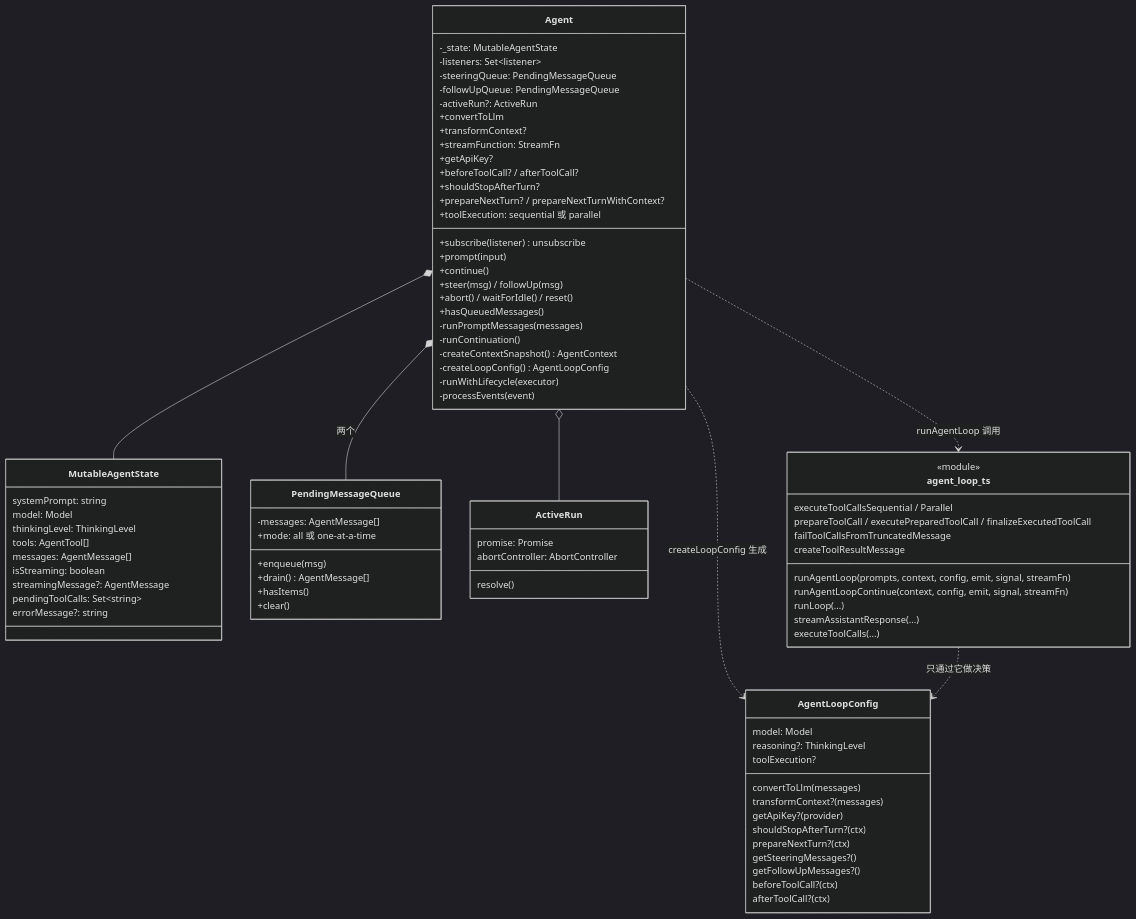
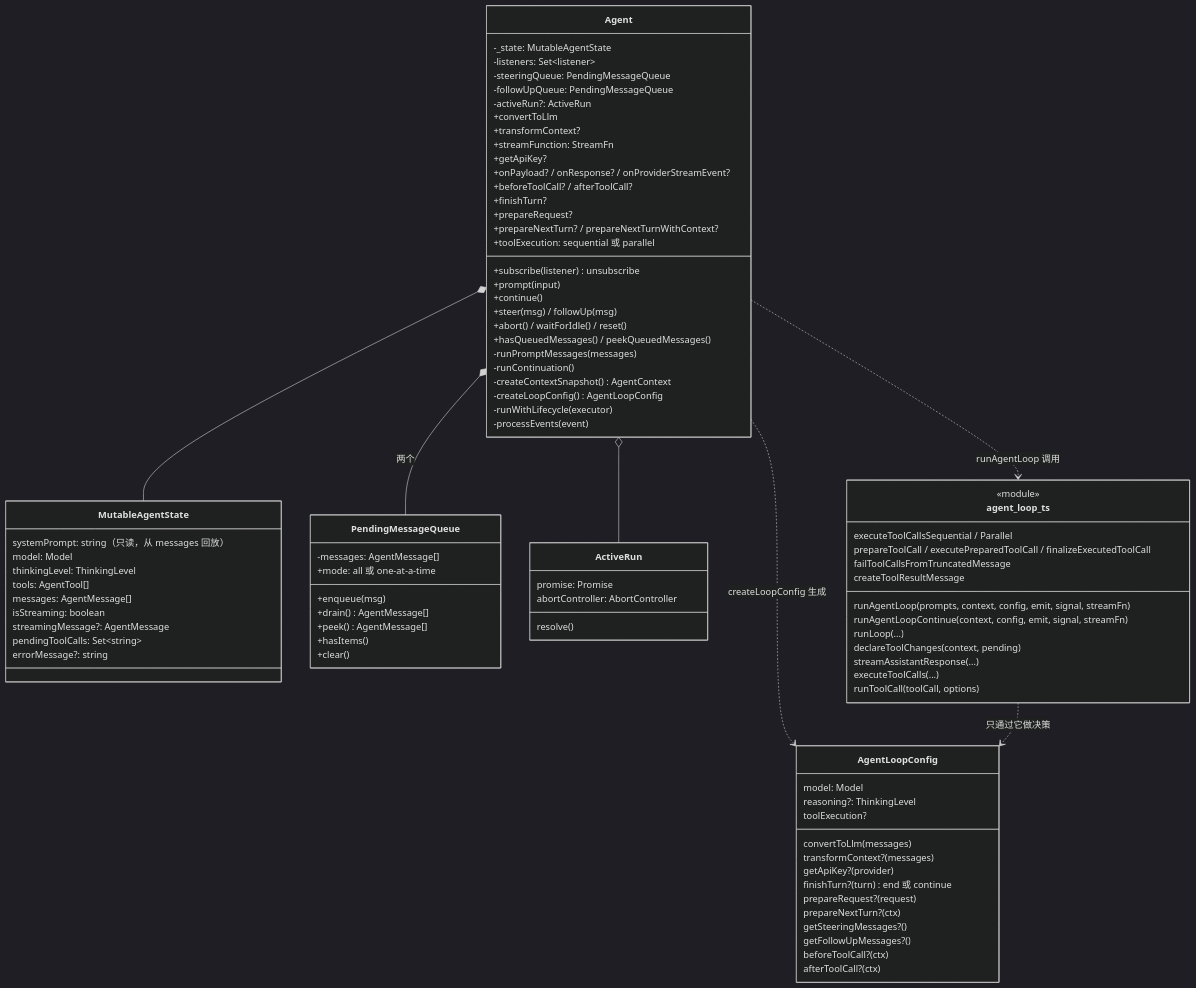
One commit to nickqiaoo/nickqiaoo.github.io changed the sixth of 18 diagrams in src/content/post/agents-pi-mono/index.md. Above: the diagram before and after it, drawn with Mermaid (dark theme). The commit also changed other lines of this file and 1 other file, not shown here.

```diff
--- a/src/content/post/agents-pi-mono/index.md
+++ b/src/content/post/agents-pi-mono/index.md
@@ -276,8 +375,10 @@
     +transformContext?
     +streamFunction: StreamFn
     +getApiKey?
+    +onPayload? / onResponse? / onProviderStreamEvent?
     +beforeToolCall? / afterToolCall?
-    +shouldStopAfterTurn?
+    +finishTurn?
+    +prepareRequest?
     +prepareNextTurn? / prepareNextTurnWithContext?
     +toolExecution: sequential 或 parallel
     +subscribe(listener) unsubscribe
@@ -285,7 +386,7 @@
     +continue()
     +steer(msg) / followUp(msg)
     +abort() / waitForIdle() / reset()
-    +hasQueuedMessages()
+    +hasQueuedMessages() / peekQueuedMessages()
     -runPromptMessages(messages)
     -runContinuation()
     -createContextSnapshot() AgentContext
@@ -294,7 +395,7 @@
     -processEvents(event)
   }
   class MutableAgentState {
-    systemPrompt: string
+    systemPrompt: string（只读，从 messages 回放）
     model: Model
     thinkingLevel: ThinkingLevel
     tools: AgentTool[]
@@ -309,6 +410,7 @@
     +mode: all 或 one-at-a-time
     +enqueue(msg)
     +drain() AgentMessage[]
+    +peek() AgentMessage[]
     +hasItems()
     +clear()
   }
@@ -323,7 +425,8 @@
     convertToLlm(messages)
     transformContext?(messages)
     getApiKey?(provider)
-    shouldStopAfterTurn?(ctx)
+    finishTurn?(turn) end 或 continue
+    prepareRequest?(request)
     prepareNextTurn?(ctx)
     getSteeringMessages?()
     getFollowUpMessages?()
@@ -336,12 +439,14 @@
     runAgentLoop(prompts, context, config, emit, signal, streamFn)
     runAgentLoopContinue(context, config, emit, signal, streamFn)
     runLoop(...)
+    declareToolChanges(context, pending)
     streamAssistantResponse(...)
     executeToolCalls(...)
     executeToolCallsSequential / Parallel
     prepareToolCall / executePreparedToolCall / finalizeExecutedToolCall
     failToolCallsFromTruncatedMessage
     createToolResultMessage
+    runToolCall(toolCall, options)
   }
   Agent *-- MutableAgentState
   Agent *-- PendingMessageQueue : 两个
```
